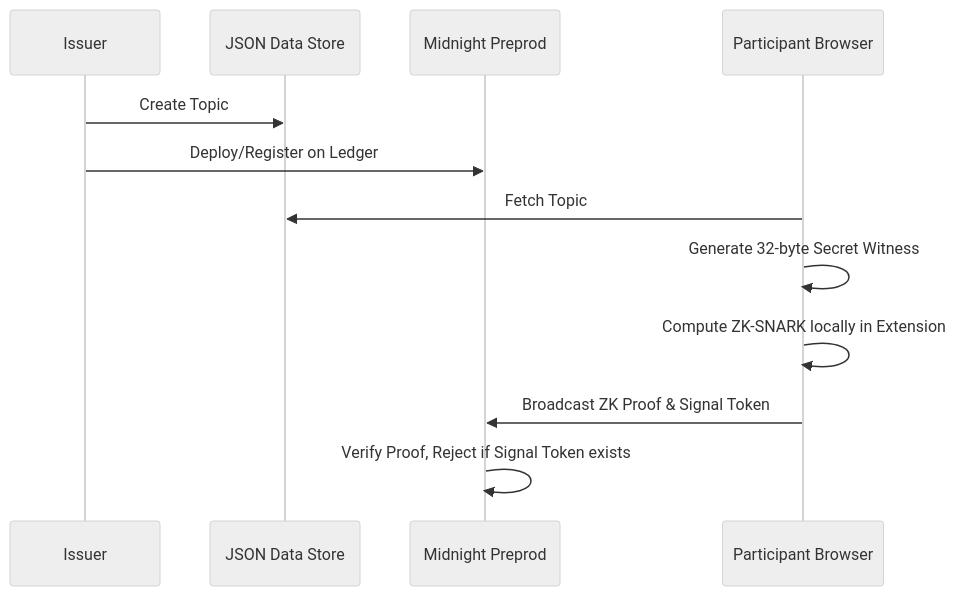
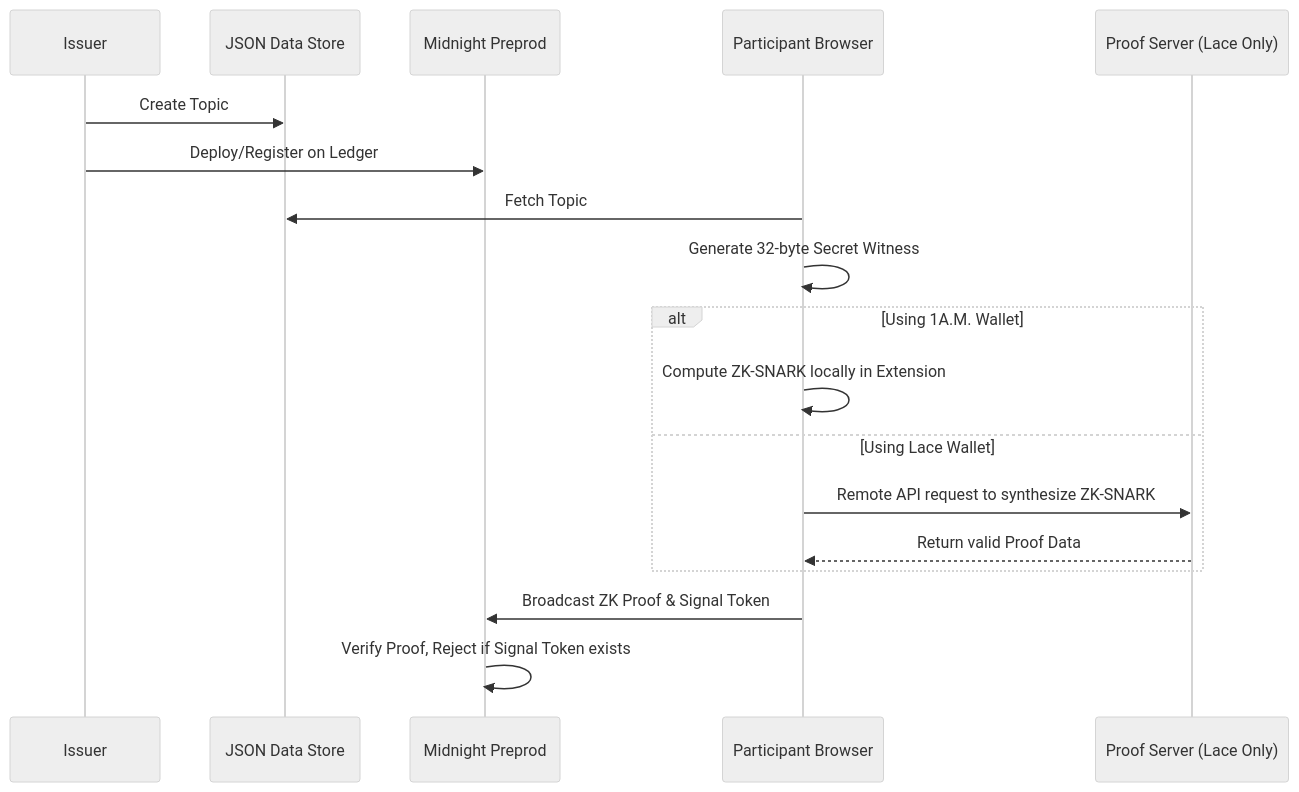
The diagram in README.md (Mondrita-Dutta/QuietSignal), drawn with Mermaid (neutral theme) before and after one commit. The commit also changed other lines of this file, not shown here.

Commit message:
docs: enhance technical architecture and local setup instructions

````diff
--- a/README.md
+++ b/README.md
@@ -249,16 +266,23 @@
 ```mermaid
 sequenceDiagram
     participant I as Issuer
     participant DB as JSON Data Store
     participant N as Midnight Preprod
     participant P as Participant Browser
+    participant PS as Proof Server (Lace Only)
     
     I->>DB: Create Topic
     I->>N: Deploy/Register on Ledger
     P->>DB: Fetch Topic
     P->>P: Generate 32-byte Secret Witness
-    P->>P: Compute ZK-SNARK locally in Extension
+    
+    alt Using 1A.M. Wallet
+        P->>P: Compute ZK-SNARK locally in Extension
+    else Using Lace Wallet
+        P->>PS: Remote API request to synthesize ZK-SNARK
+        PS-->>P: Return valid Proof Data
+    end
     
     P->>N: Broadcast ZK Proof & Signal Token
     N->>N: Verify Proof, Reject if Signal Token exists
 ```
````
